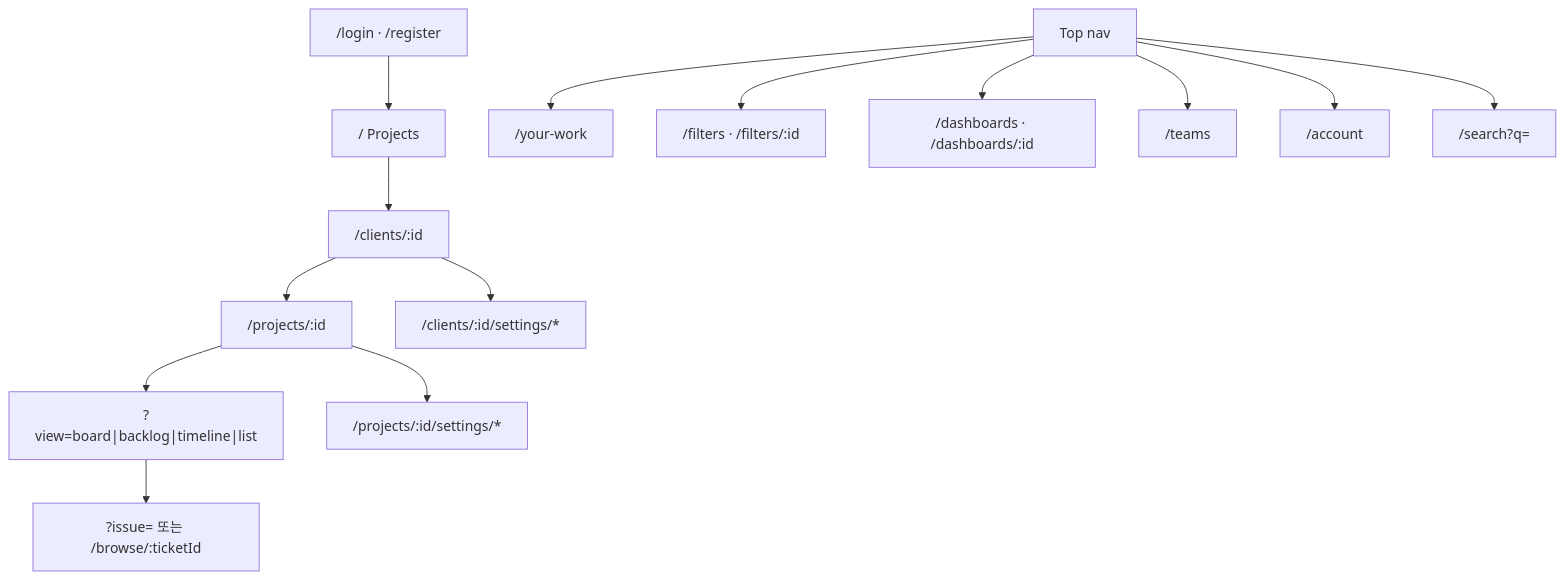
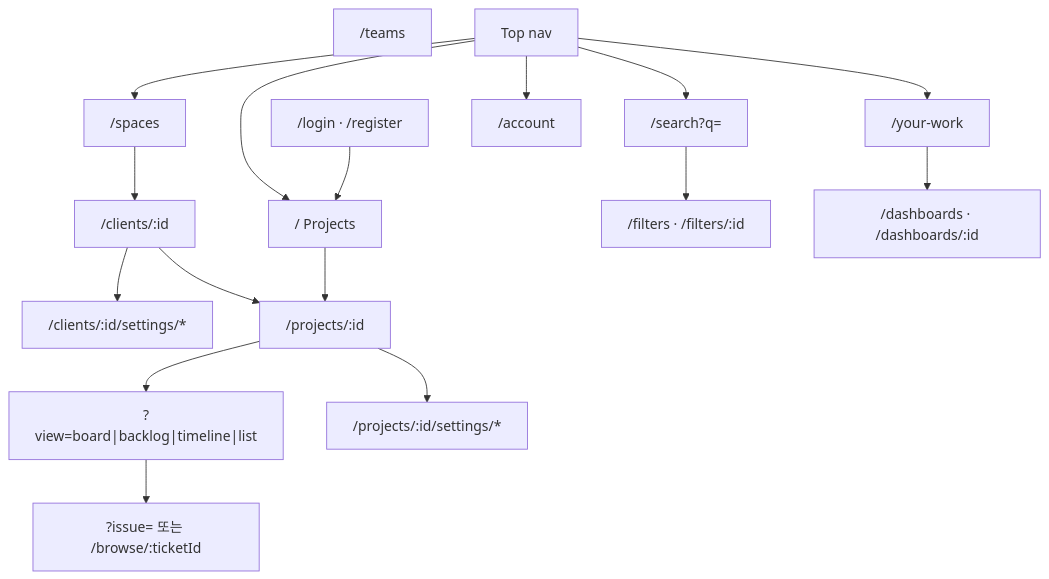
One commit to yoosungung/sw-factory changed the diagram in frontend/ia/overview.md. Above: the diagram before and after it, drawn with Mermaid. The commit also changed other lines of this file and 12 other files, not shown here.

````diff
--- a/frontend/ia/overview.md
+++ b/frontend/ia/overview.md
@@ -30,31 +31,34 @@
 ```mermaid
 flowchart TB
   Auth["/login · /register"]
   YW["/your-work"]
   Home["/  Projects"]
+  Spaces["/spaces"]
   Space["/clients/:id"]
   SpaceSet["/clients/:id/settings/*"]
   Proj["/projects/:id"]
   Views["?view=board|backlog|timeline|list"]
   PSet["/projects/:id/settings/*"]
   Filters["/filters · /filters/:id"]
   Dash["/dashboards · /dashboards/:id"]
   Teams["/teams"]
   Account["/account"]
   Search["/search?q="]
   Issue["?issue= 또는 /browse/:ticketId"]
 
   Auth --> Home
-  Home --> Space
+  Top[Top nav] --> Spaces
+  Top --> Home
+  Top --> YW
+  Top --> Search
+  Top --> Account
+  Spaces --> Space
+  Home --> Proj
   Space --> Proj
   Proj --> Views
   Views --> Issue
   Space --> SpaceSet
   Proj --> PSet
-  Top[Top nav] --> YW
-  Top --> Filters
-  Top --> Dash
-  Top --> Teams
-  Top --> Account
-  Top --> Search
+  Search --> Filters
+  YW --> Dash
 ```
````
